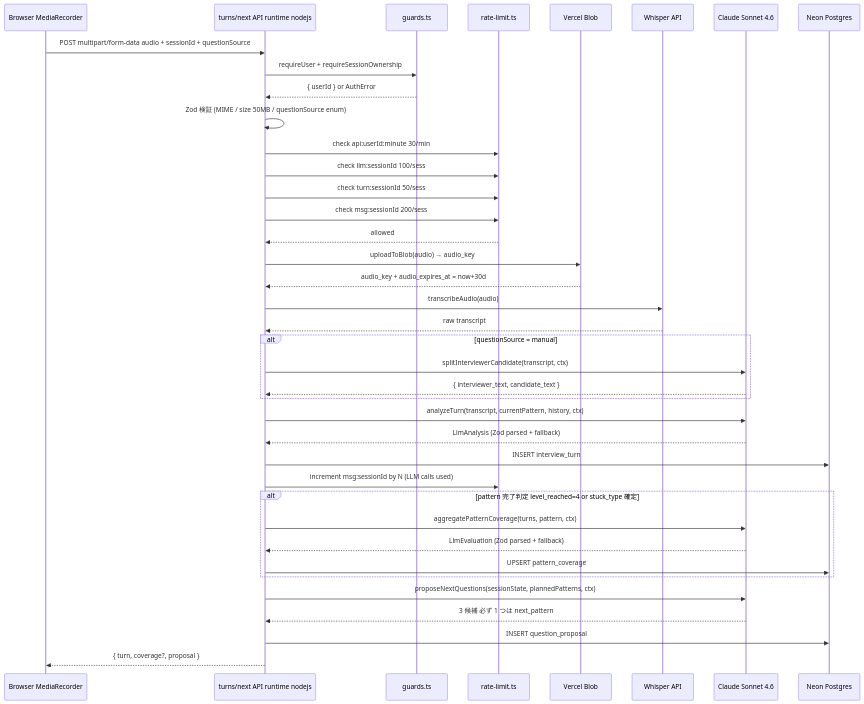
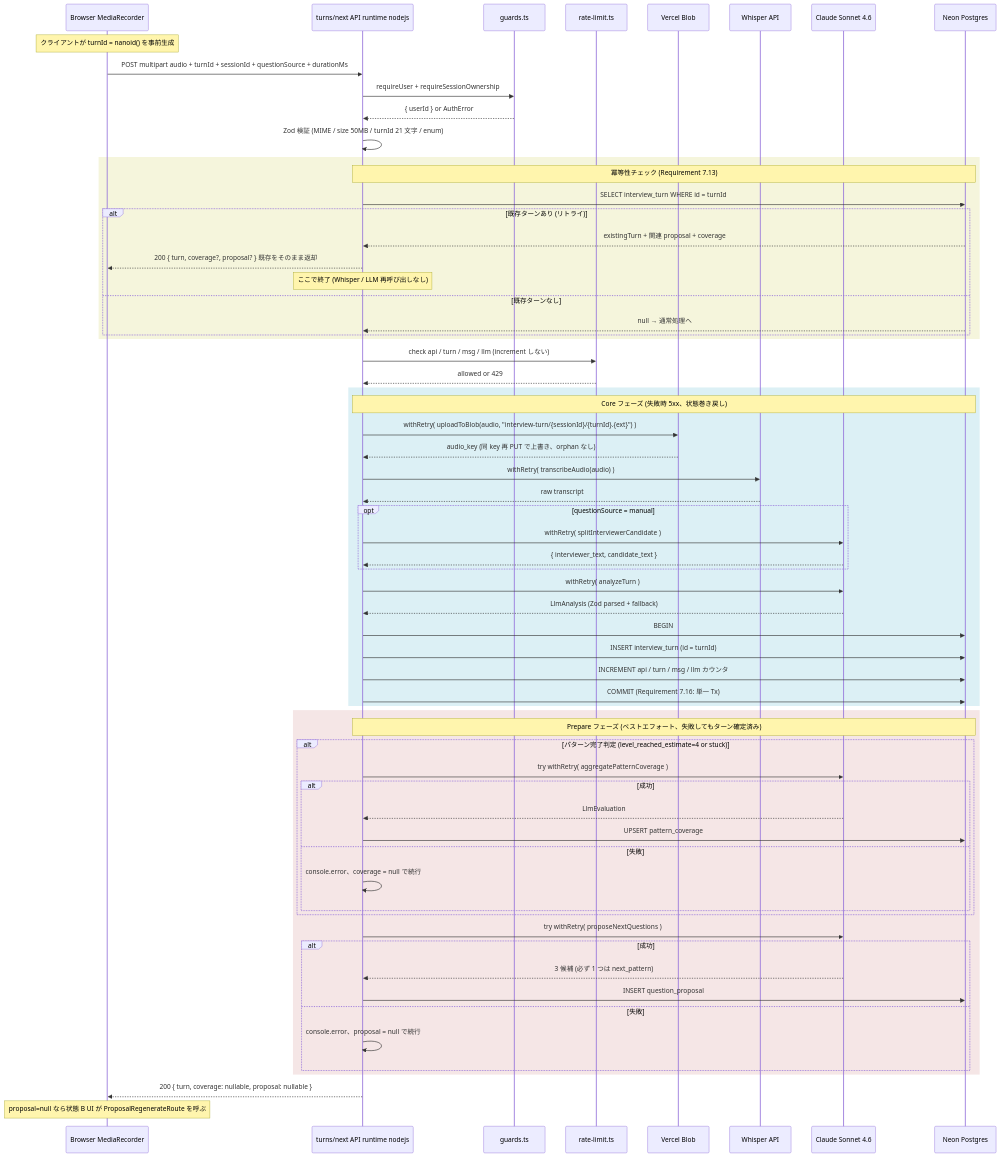
The third of 7 diagrams in .kiro/specs/assessment-engine/design.md (nonnta-ww/bulr-app-mvp), drawn with Mermaid before and after one commit. The commit also changed other lines of this file and 2 other files, not shown here.

````diff
--- a/.kiro/specs/assessment-engine/design.md
+++ b/.kiro/specs/assessment-engine/design.md
@@ -489,42 +499,73 @@
 ```mermaid
 sequenceDiagram
     participant B as Browser MediaRecorder
     participant A as turns/next API runtime nodejs
     participant G as guards.ts
     participant RL as rate-limit.ts
     participant V as Vercel Blob
     participant W as Whisper API
     participant LLM as Claude Sonnet 4.6
     participant DB as Neon Postgres
 
-    B->>A: POST multipart/form-data audio + sessionId + questionSource
+    Note over B: クライアントが turnId = nanoid() を事前生成
+    B->>A: POST multipart audio + turnId + sessionId + questionSource + durationMs
     A->>G: requireUser + requireSessionOwnership
     G-->>A: { userId } or AuthError
-    A->>A: Zod 検証 (MIME / size 50MB / questionSource enum)
-    A->>RL: check api:userId:minute 30/min
-    A->>RL: check llm:sessionId 100/sess
-    A->>RL: check turn:sessionId 50/sess
-    A->>RL: check msg:sessionId 200/sess
-    RL-->>A: allowed
-    A->>V: uploadToBlob(audio) → audio_key
-    V-->>A: audio_key + audio_expires_at = now+30d
-    A->>W: transcribeAudio(audio)
+    A->>A: Zod 検証 (MIME / size 50MB / turnId 21 文字 / enum)
+
+    rect rgb(245, 245, 220)
+    Note over A,DB: 冪等性チェック (Requirement 7.13)
+    A->>DB: SELECT interview_turn WHERE id = turnId
+    alt 既存ターンあり (リトライ)
+        DB-->>A: existingTurn + 関連 proposal + coverage
+        A-->>B: 200 { turn, coverage?, proposal? } 既存をそのまま返却
+        Note over A: ここで終了 (Whisper / LLM 再呼び出しなし)
+    else 既存ターンなし
+        DB-->>A: null → 通常処理へ
+    end
+    end
+
+    A->>RL: check api / turn / msg / llm (increment しない)
+    RL-->>A: allowed or 429
+
+    rect rgb(220, 240, 245)
+    Note over A,DB: Core フェーズ (失敗時 5xx、状態巻き戻し)
+    A->>V: withRetry( uploadToBlob(audio, "interview-turn/{sessionId}/{turnId}.{ext}") )
+    V-->>A: audio_key (同 key 再 PUT で上書き、orphan なし)
+    A->>W: withRetry( transcribeAudio(audio) )
     W-->>A: raw transcript
-    alt questionSource = manual
-        A->>LLM: splitInterviewerCandidate(transcript, ctx)
+    opt questionSource = manual
+        A->>LLM: withRetry( splitInterviewerCandidate )
         LLM-->>A: { interviewer_text, candidate_text }
     end
-    A->>LLM: analyzeTurn(transcript, currentPattern, history, ctx)
+    A->>LLM: withRetry( analyzeTurn )
     LLM-->>A: LlmAnalysis (Zod parsed + fallback)
-    A->>DB: INSERT interview_turn
-    A->>RL: increment msg:sessionId by N (LLM calls used)
-    alt pattern 完了判定 level_reached=4 or stuck_type 確定
-        A->>LLM: aggregatePatternCoverage(turns, pattern, ctx)
-        LLM-->>A: LlmEvaluation (Zod parsed + fallback)
-        A->>DB: UPSERT pattern_coverage
+    A->>DB: BEGIN
+    A->>DB: INSERT interview_turn (id = turnId)
+    A->>DB: INCREMENT api / turn / msg / llm カウンタ
+    A->>DB: COMMIT (Requirement 7.16: 単一 Tx)
     end
-    A->>LLM: proposeNextQuestions(sessionState, plannedPatterns, ctx)
-    LLM-->>A: 3 候補 必ず 1 つは next_pattern
-    A->>DB: INSERT question_proposal
-    A-->>B: { turn, coverage?, proposal }
+
+    rect rgb(245, 230, 230)
+    Note over A,DB: Prepare フェーズ (ベストエフォート、失敗してもターン確定済み)
+    alt パターン完了判定 (level_reached_estimate=4 or stuck)
+        A->>LLM: try withRetry( aggregatePatternCoverage )
+        alt 成功
+            LLM-->>A: LlmEvaluation
+            A->>DB: UPSERT pattern_coverage
+        else 失敗
+            A->>A: console.error、coverage = null で続行
+        end
+    end
+    A->>LLM: try withRetry( proposeNextQuestions )
+    alt 成功
+        LLM-->>A: 3 候補 (必ず 1 つは next_pattern)
+        A->>DB: INSERT question_proposal
+    else 失敗
+        A->>A: console.error、proposal = null で続行
+    end
+    end
+
+    A-->>B: 200 { turn, coverage: nullable, proposal: nullable }
+    Note over B: proposal=null なら状態 B UI が ProposalRegenerateRoute を呼ぶ
 ```
````
